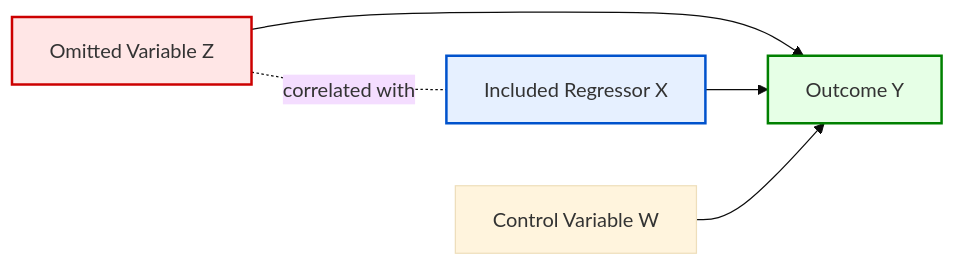
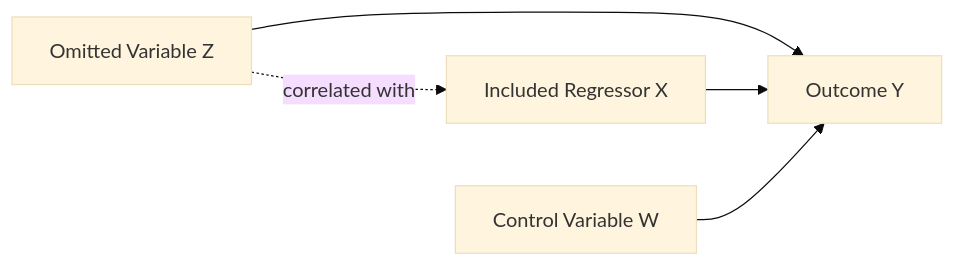
Before and after one commit to Dossiya-SE/dossiyadakou-mac-project: the first of 2 diagrams in problems/problem-1d-omitted-variable-bias/README.md, drawn with Mermaid (base theme). The commit also changed other lines of this file, not shown here.

````diff
--- a/problems/problem-1d-omitted-variable-bias/README.md
+++ b/problems/problem-1d-omitted-variable-bias/README.md
@@ -271,11 +275,7 @@
 ```mermaid
 flowchart LR
     Z[Omitted Variable Z] --> Y[Outcome Y]
     X[Included Regressor X] --> Y
     W[Control Variable W] --> Y
-    Z -. correlated with .- X
-
-    style Z fill:#ffe6e6,stroke:#cc0000,stroke-width:2px
-    style X fill:#e6f0ff,stroke:#0052cc,stroke-width:2px
-    style Y fill:#e6ffe6,stroke:#008000,stroke-width:2px
+    Z -. correlated with .-> X
 ```
````
